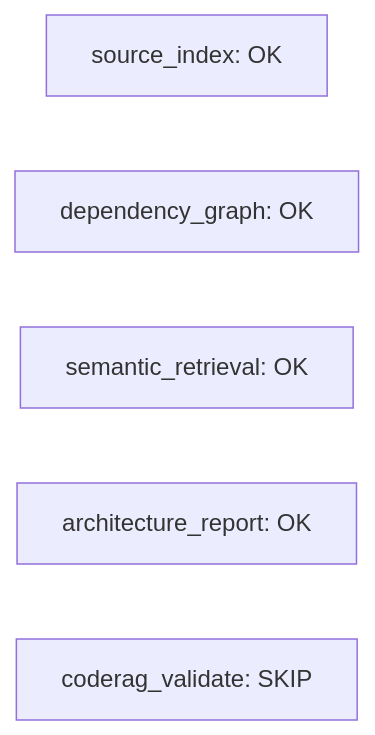
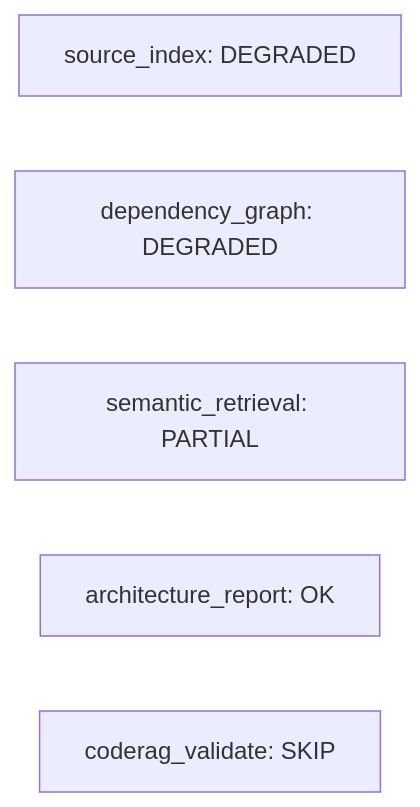
One commit to scl2bp/refactor_cli changed the first of 7 diagrams in .refactor/analysis/candidates/report.md. Above: the diagram before and after it, drawn with Mermaid. The commit also changed other lines of this file and 1 other file, not shown here.

````diff
--- a/.refactor/analysis/candidates/report.md
+++ b/.refactor/analysis/candidates/report.md
@@ -19,8 +37,8 @@
 ```mermaid
 flowchart LR
-  source_index["source_index: OK"]
-  dependency_graph["dependency_graph: OK"]
-  semantic_retrieval["semantic_retrieval: OK"]
+  source_index["source_index: DEGRADED"]
+  dependency_graph["dependency_graph: DEGRADED"]
+  semantic_retrieval["semantic_retrieval: PARTIAL"]
   architecture_report["architecture_report: OK"]
   coderag_validate["coderag_validate: SKIP"]
 ```
````
